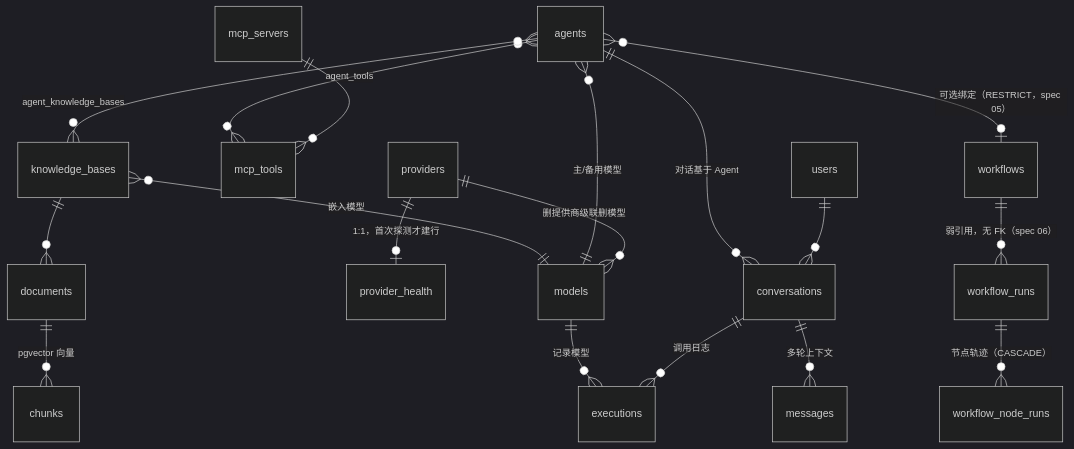
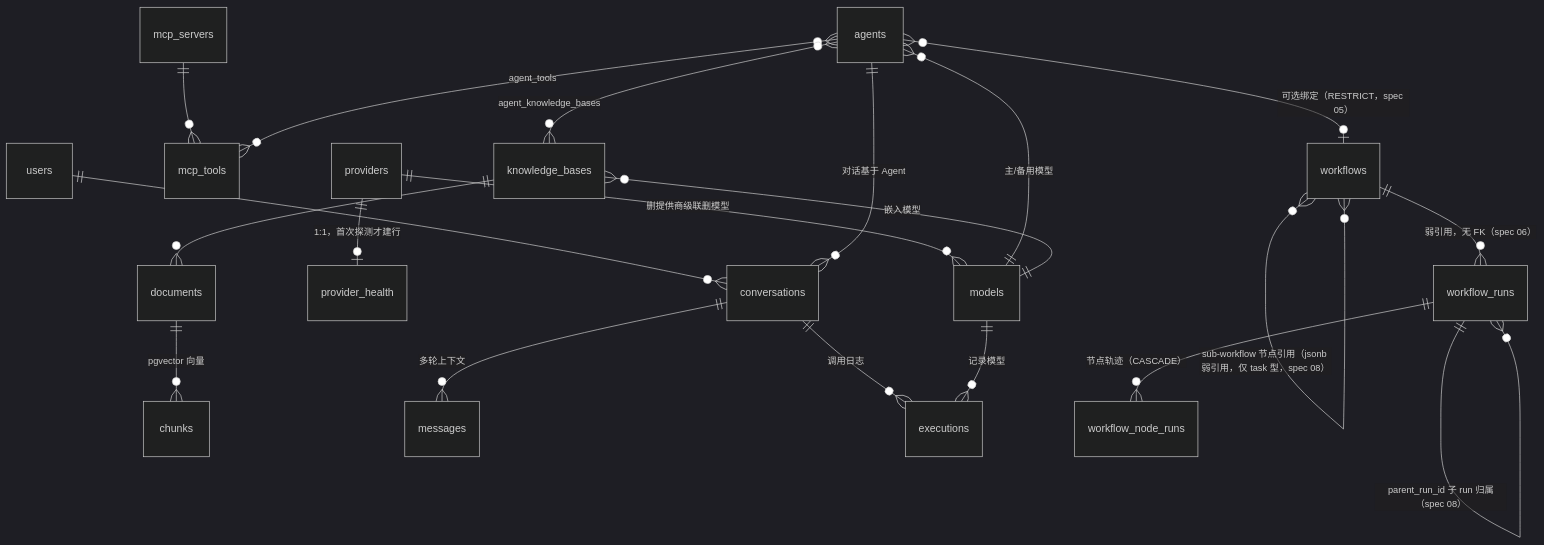
The diagram in docs/design/data-model.md (Karlsk/go-hify), drawn with Mermaid (dark theme) before and after one commit. The commit also changed other lines of this file and 24 other files, not shown here.

First line of the commit message:
feat(workflow): spec 08 workflow 分型与子工作流嵌套

````diff
--- a/docs/design/data-model.md
+++ b/docs/design/data-model.md
@@ -13,20 +13,22 @@
 ```mermaid
 erDiagram
     providers ||--o{ models : "删提供商级联删模型"
     providers ||--o| provider_health : "1:1，首次探测才建行"
     mcp_servers ||--o{ mcp_tools : ""
     agents }o--|| models : "主/备用模型"
     agents }o--o{ mcp_tools : "agent_tools"
     agents }o--o{ knowledge_bases : "agent_knowledge_bases"
     agents }o--o| workflows : "可选绑定（RESTRICT，spec 05）"
     knowledge_bases }o--|| models : "嵌入模型"
     knowledge_bases ||--o{ documents : ""
     documents ||--o{ chunks : "pgvector 向量"
     users ||--o{ conversations : ""
     agents ||--o{ conversations : "对话基于 Agent"
     conversations ||--o{ messages : "多轮上下文"
     conversations ||--o{ executions : "调用日志"
     models ||--o{ executions : "记录模型"
     workflows ||--o{ workflow_runs : "弱引用，无 FK（spec 06）"
     workflow_runs ||--o{ workflow_node_runs : "节点轨迹（CASCADE）"
+    workflows }o--o{ workflows : "sub-workflow 节点引用（jsonb 弱引用，仅 task 型，spec 08）"
+    workflow_runs ||--o{ workflow_runs : "parent_run_id 子 run 归属（spec 08）"
 ```
````
